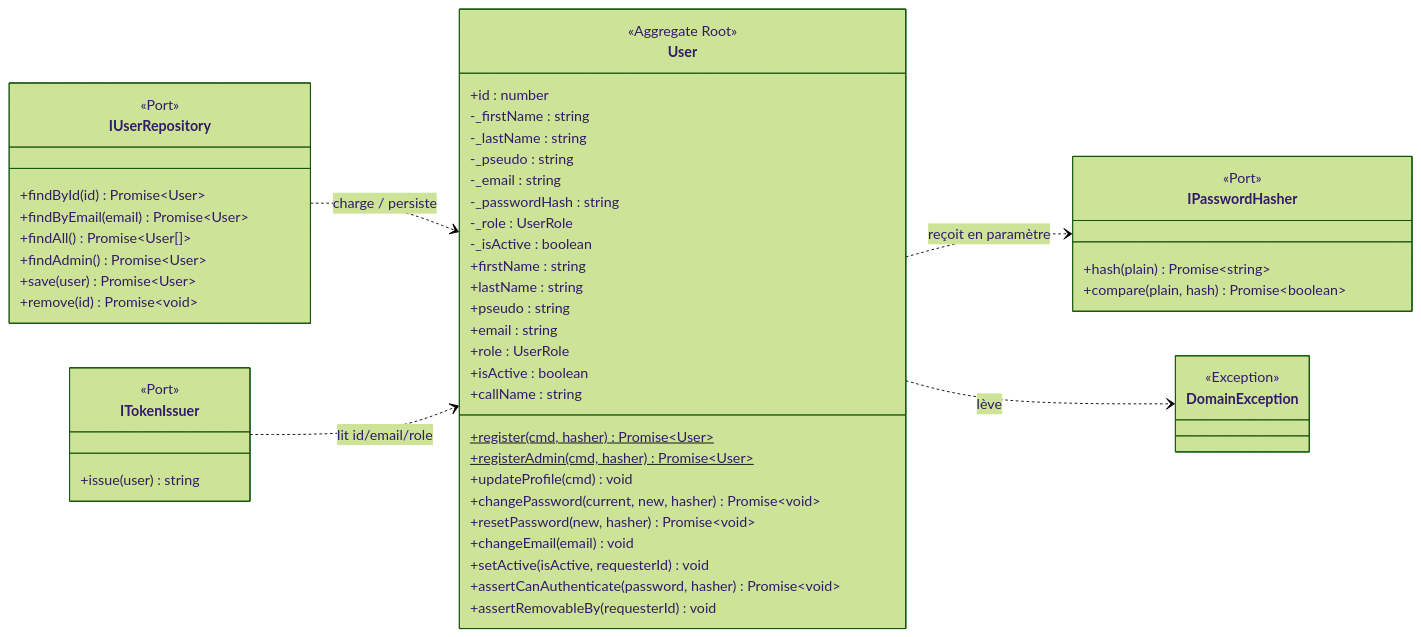
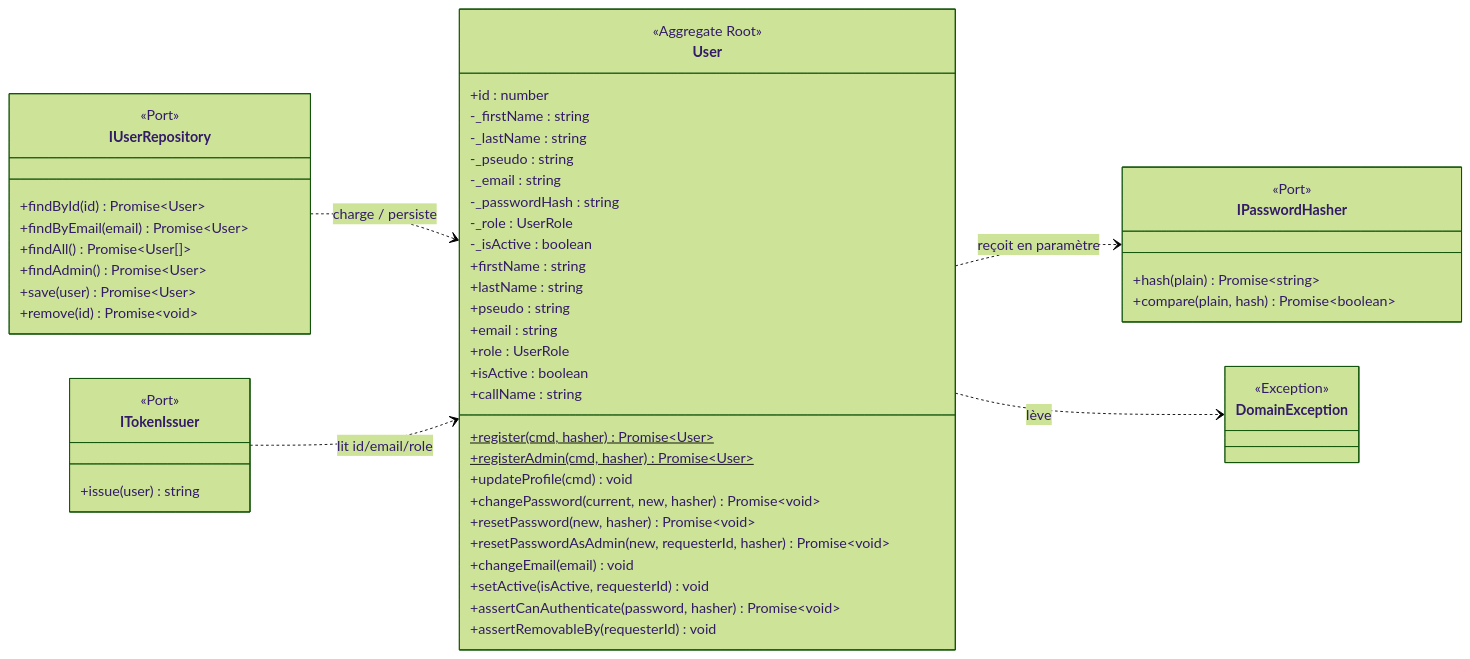
One commit to arnaudbracchetti/gaslands-manager changed the second of 5 diagrams in docs/DOMAIN_MODEL.md. Above: the diagram before and after it, drawn with Mermaid (forest theme). The commit also changed 19 other files, not shown here.

````diff
--- a/docs/DOMAIN_MODEL.md
+++ b/docs/DOMAIN_MODEL.md
@@ -355,62 +355,63 @@
 ```mermaid
 classDiagram
     direction LR
 
     class User {
         <<Aggregate Root>>
         +id : number
         -_firstName : string
         -_lastName : string
         -_pseudo : string
         -_email : string
         -_passwordHash : string
         -_role : UserRole
         -_isActive : boolean
         +firstName : string
         +lastName : string
         +pseudo : string
         +email : string
         +role : UserRole
         +isActive : boolean
         +callName : string
         +register(cmd, hasher)$ Promise~User~
         +registerAdmin(cmd, hasher)$ Promise~User~
         +updateProfile(cmd) void
         +changePassword(current, new, hasher) Promise~void~
         +resetPassword(new, hasher) Promise~void~
+        +resetPasswordAsAdmin(new, requesterId, hasher) Promise~void~
         +changeEmail(email) void
         +setActive(isActive, requesterId) void
         +assertCanAuthenticate(password, hasher) Promise~void~
         +assertRemovableBy(requesterId) void
     }
 
     class IPasswordHasher {
         <<Port>>
         +hash(plain) Promise~string~
         +compare(plain, hash) Promise~boolean~
     }
 
     class ITokenIssuer {
         <<Port>>
         +issue(user) string
     }
 
     class IUserRepository {
         <<Port>>
         +findById(id) Promise~User~
         +findByEmail(email) Promise~User~
         +findAll() Promise~User[]~
         +findAdmin() Promise~User~
         +save(user) Promise~User~
         +remove(id) Promise~void~
     }
 
     class DomainException {
         <<Exception>>
     }
 
     User ..> IPasswordHasher : reçoit en paramètre
     User ..> DomainException : lève
     IUserRepository ..> User : charge / persiste
     ITokenIssuer ..> User : lit id/email/role
 ```
````
